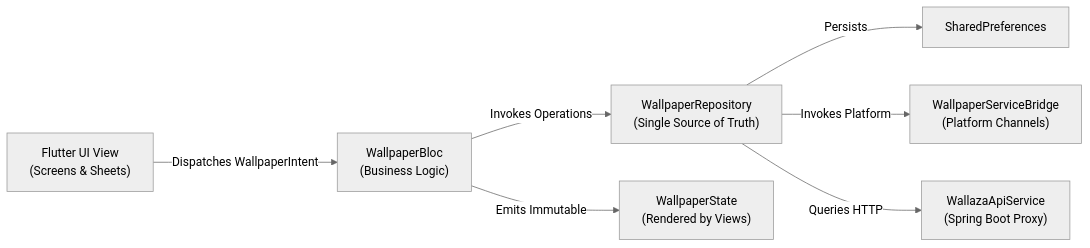
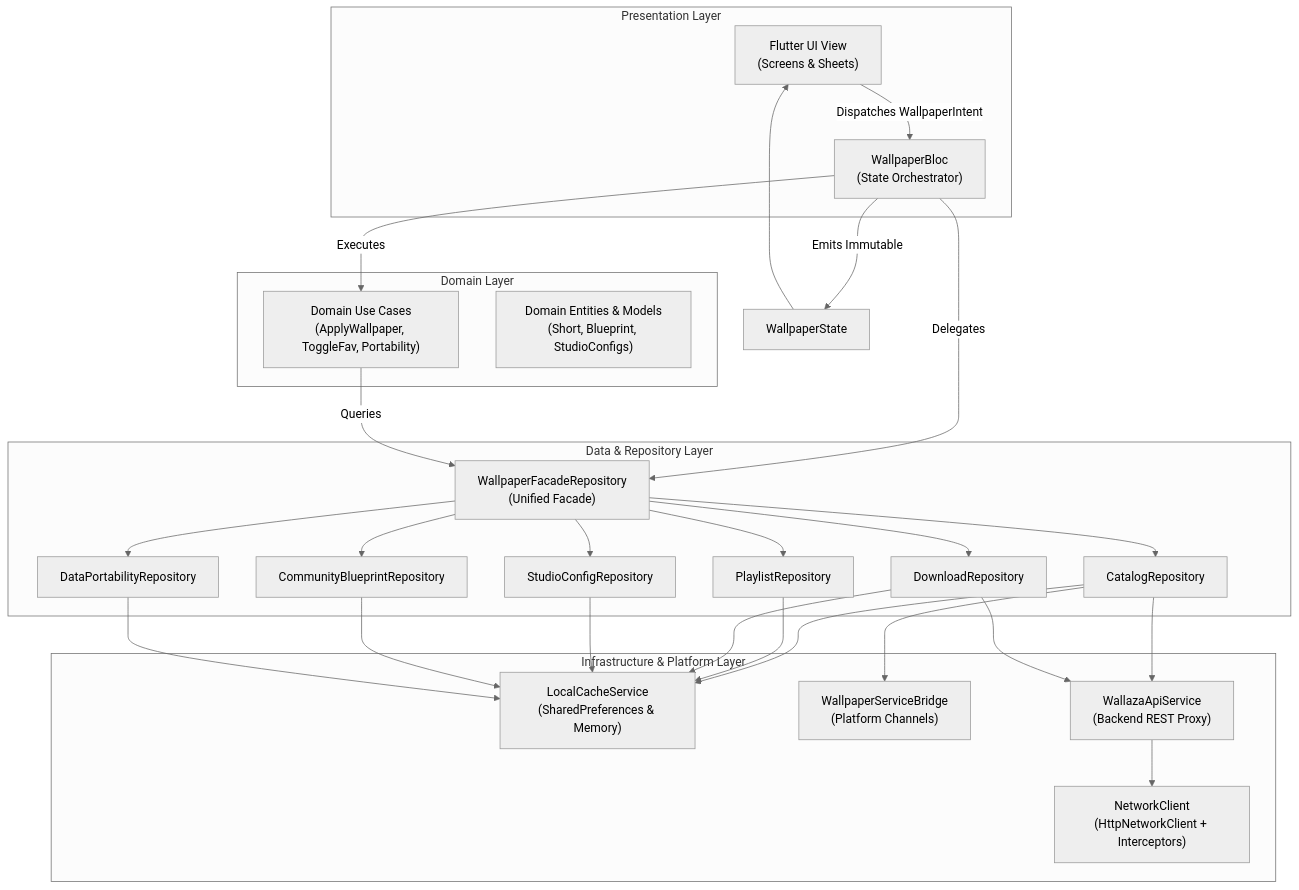
Before and after one commit to RanveerSingh1997/live_wallpaper: the diagram in CODING_STRUCTURE.md, drawn with Mermaid (neutral theme). The commit also changed other lines of this file and 15 other files, not shown here.

Commit message:
feat(domain): add domain use cases layer, functional Result pattern, and ServiceLocator DI container

````diff
--- a/CODING_STRUCTURE.md
+++ b/CODING_STRUCTURE.md
@@ -52,9 +65,41 @@
 ```mermaid
-flowchart LR
-    View["Flutter UI View\n(Screens & Sheets)"] -->|"Dispatches WallpaperIntent"| Bloc["WallpaperBloc\n(Business Logic)"]
-    Bloc -->|"Invokes Operations"| Repo["WallpaperRepository\n(Single Source of Truth)"]
-    Repo -->|"Persists"| Prefs["SharedPreferences"]
-    Repo -->|"Invokes Platform"| Bridge["WallpaperServiceBridge\n(Platform Channels)"]
-    Repo -->|"Queries HTTP"| Api["WallazaApiService\n(Spring Boot Proxy)"]
-    Bloc -->|"Emits Immutable"| State["WallpaperState\n(Rendered by Views)"]
+flowchart TD
+    subgraph Presentation["Presentation Layer"]
+        View["Flutter UI View\n(Screens & Sheets)"]
+        Bloc["WallpaperBloc\n(State Orchestrator)"]
+    end
+
+    subgraph Domain["Domain Layer"]
+        UseCase["Domain Use Cases\n(ApplyWallpaper, ToggleFav, Portability)"]
+        Entity["Domain Entities & Models\n(Short, Blueprint, StudioConfigs)"]
+    end
+
+    subgraph Data["Data & Repository Layer"]
+        Facade["WallpaperFacadeRepository\n(Unified Facade)"]
+        CatalogRepo["CatalogRepository"]
+        PlaylistRepo["PlaylistRepository"]
+        DownloadRepo["DownloadRepository"]
+        StudioRepo["StudioConfigRepository"]
+        CommunityRepo["CommunityBlueprintRepository"]
+        PortabilityRepo["DataPortabilityRepository"]
+    end
+
+    subgraph Infrastructure["Infrastructure & Platform Layer"]
+        Cache["LocalCacheService\n(SharedPreferences & Memory)"]
+        NetClient["NetworkClient\n(HttpNetworkClient + Interceptors)"]
+        Bridge["WallpaperServiceBridge\n(Platform Channels)"]
+        CloudApi["WallazaApiService\n(Backend REST Proxy)"]
+    end
+
+    View -->|"Dispatches WallpaperIntent"| Bloc
+    Bloc -->|"Executes"| UseCase
+    Bloc -->|"Delegates"| Facade
+    UseCase -->|"Queries"| Facade
+    Facade --> CatalogRepo & PlaylistRepo & DownloadRepo & StudioRepo & CommunityRepo & PortabilityRepo
+    CatalogRepo & PlaylistRepo & DownloadRepo & StudioRepo & CommunityRepo & PortabilityRepo --> Cache
+    CatalogRepo & DownloadRepo --> CloudApi
+    CatalogRepo --> Bridge
+    CloudApi --> NetClient
+    Bloc -->|"Emits Immutable"| State["WallpaperState"]
+    State --> View
 ```
````
